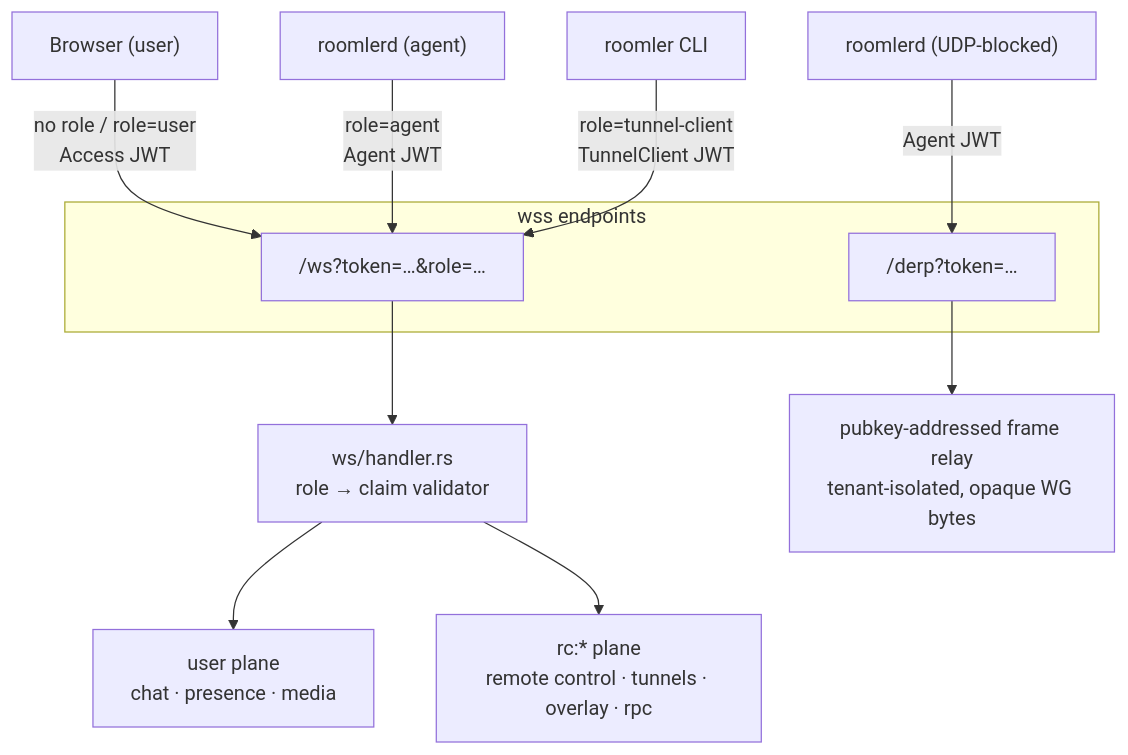
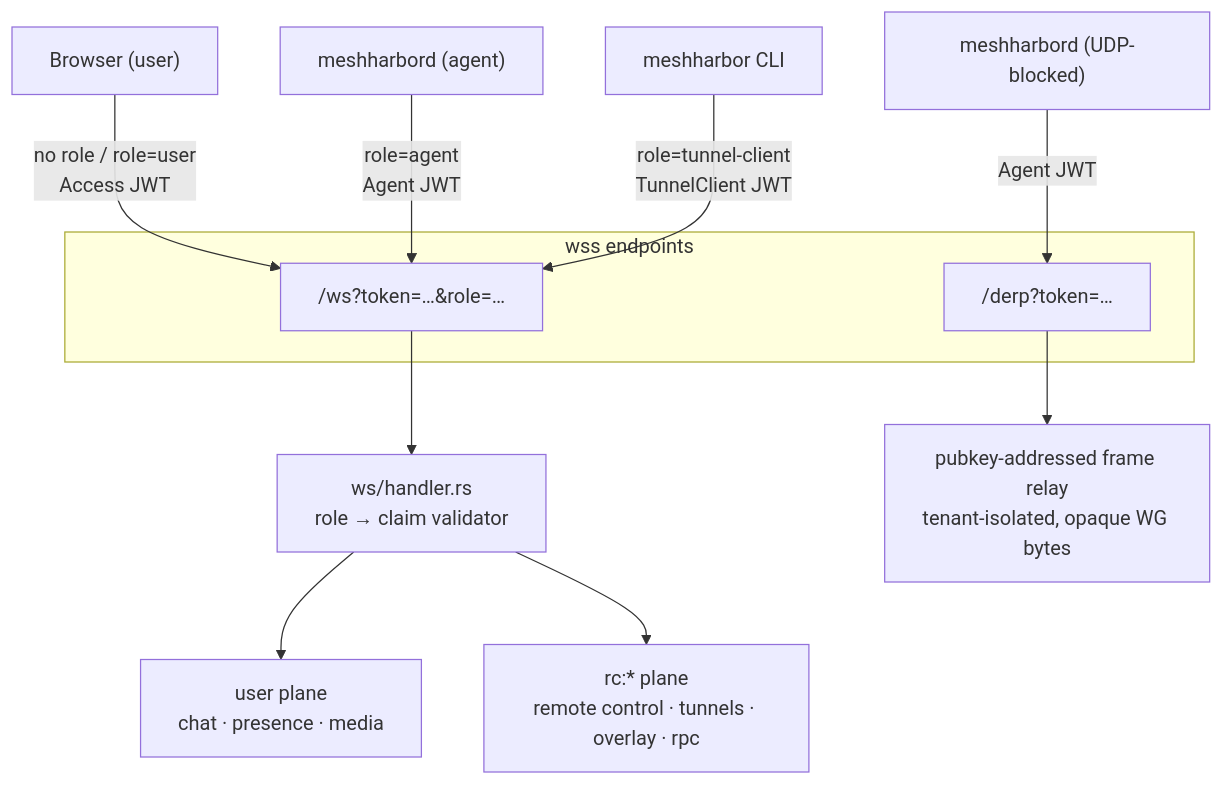
The first of 4 diagrams in docs/real-time.md (jk-zhang-meta/MeshHarbor), drawn with Mermaid before and after one commit. The commit also changed other lines of this file and 682 other files, not shown here.

````diff
--- a/docs/real-time.md
+++ b/docs/real-time.md
@@ -7,17 +7,17 @@
 ```mermaid
 flowchart TB
     subgraph endpoints["wss endpoints"]
         WS["/ws?token=…&role=…"]
         DERP["/derp?token=…"]
     end
 
     U["Browser (user)"] -->|"no role / role=user<br/>Access JWT"| WS
-    A["roomlerd (agent)"] -->|"role=agent<br/>Agent JWT"| WS
-    T["roomler CLI"] -->|"role=tunnel-client<br/>TunnelClient JWT"| WS
-    A2["roomlerd (UDP-blocked)"] -->|"Agent JWT"| DERP
+    A["meshharbord (agent)"] -->|"role=agent<br/>Agent JWT"| WS
+    T["meshharbor CLI"] -->|"role=tunnel-client<br/>TunnelClient JWT"| WS
+    A2["meshharbord (UDP-blocked)"] -->|"Agent JWT"| DERP
 
     WS --> H["ws/handler.rs<br/>role → claim validator"]
     H --> UP["user plane<br/>chat · presence · media"]
     H --> RC["rc:* plane<br/>remote control · tunnels · overlay · rpc"]
     DERP --> DR["pubkey-addressed frame relay<br/>tenant-isolated, opaque WG bytes"]
 ```
````
